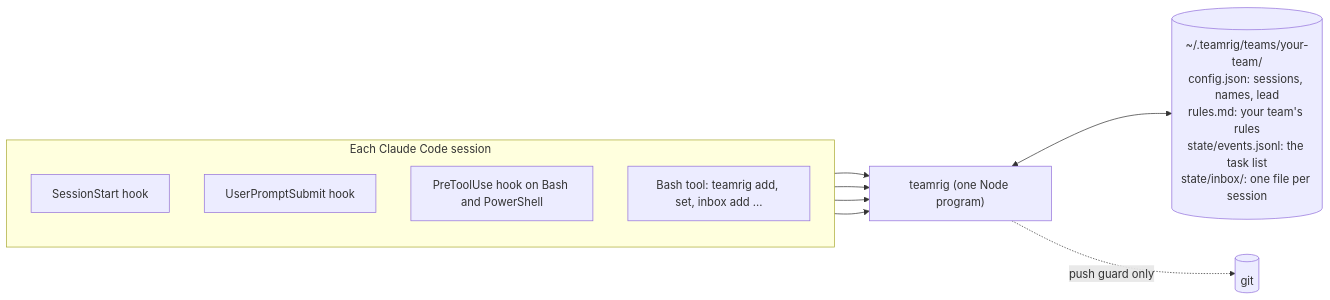
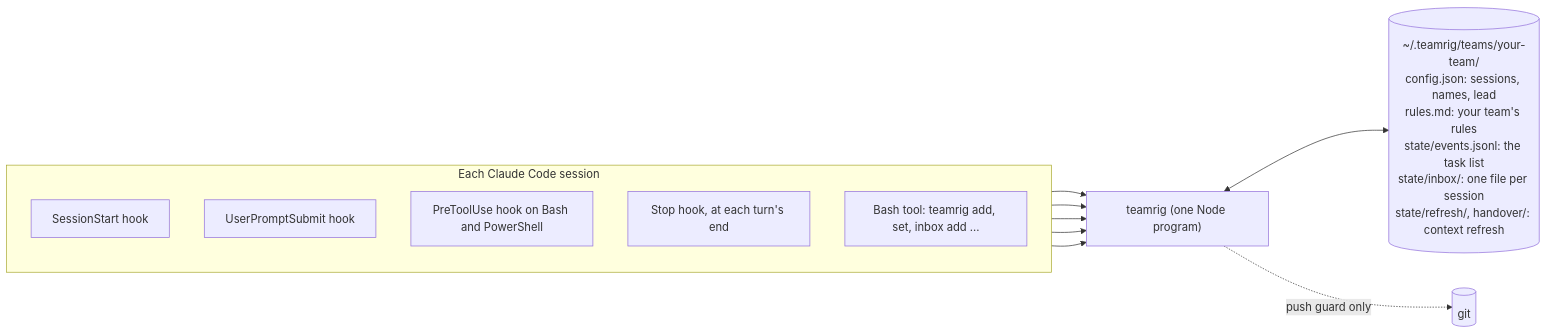
One commit to GeneralA6/teamrig changed the first of 8 diagrams in docs/how-it-works.md. Above: the diagram before and after it, drawn with Mermaid. The commit also changed other lines of this file and 1 other file, not shown here.

First line of the commit message:
docs: describe the context refresh

````diff
--- a/docs/how-it-works.md
+++ b/docs/how-it-works.md
@@ -19,19 +20,21 @@
 ```mermaid
 flowchart LR
   subgraph session["Each Claude Code session"]
     direction TB
     start["SessionStart hook"]
     prompt["UserPromptSubmit hook"]
     guard["PreToolUse hook on Bash and PowerShell"]
+    stop["Stop hook, at each turn's end"]
     tool["Bash tool: teamrig add, set, inbox add ..."]
   end
   cli["teamrig (one Node program)"]
-  folder[("~/.teamrig/teams/your-team/<br>config.json: sessions, names, lead<br>rules.md: your team's rules<br>state/events.jsonl: the task list<br>state/inbox/: one file per session")]
+  folder[("~/.teamrig/teams/your-team/<br>config.json: sessions, names, lead<br>rules.md: your team's rules<br>state/events.jsonl: the task list<br>state/inbox/: one file per session<br>state/refresh/, handover/: context refresh")]
   git[("git")]
   start --> cli
   prompt --> cli
   guard --> cli
+  stop --> cli
   tool --> cli
   cli <--> folder
   cli -. "push guard only" .-> git
 ```
````
